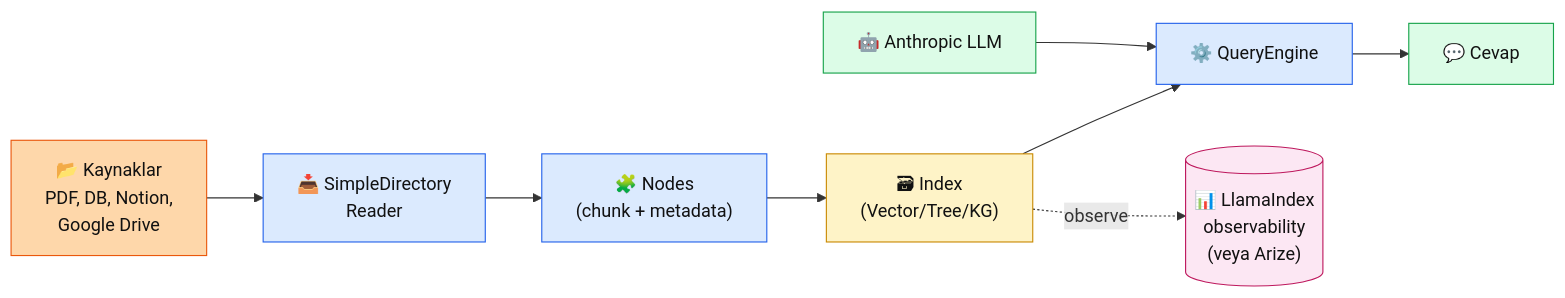
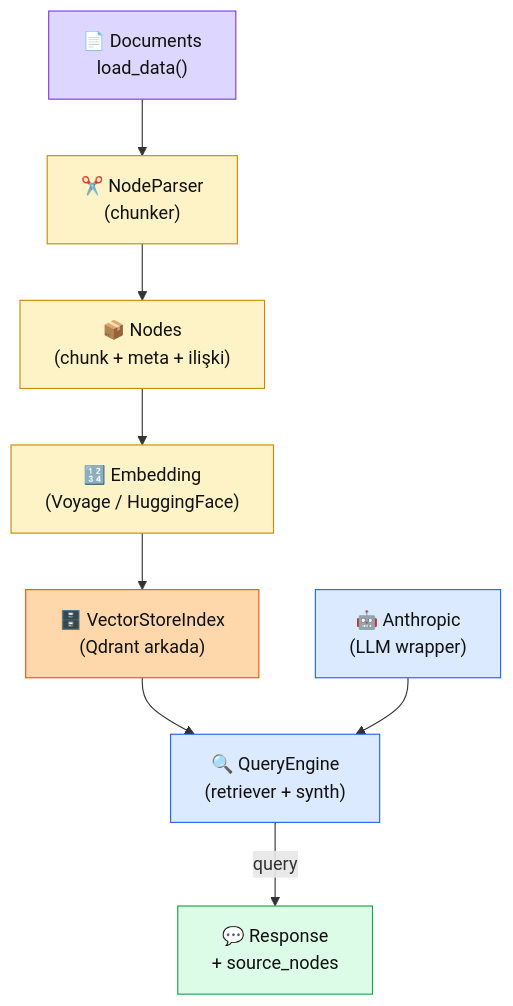
Before and after one commit to KemalG-u/muhendisal-platform: the diagram in docs/bolum-4/07-llamaindex.md, drawn with Mermaid. The commit also changed other lines of this file, not shown here.

First line of the commit message:
content(4.7): LlamaIndex ile RAG — alt-sayfa v3.2

````diff
--- a/docs/bolum-4/07-llamaindex.md
+++ b/docs/bolum-4/07-llamaindex.md
@@ -41,25 +38,27 @@
 ```mermaid
-flowchart LR
-  SRC["📂 Kaynaklar\nPDF, DB, Notion,\nGoogle Drive"]
-  READER["📥 SimpleDirectory\nReader"]
-  NODE["🧩 Nodes\n(chunk + metadata)"]
-  IDX["🗃 Index\n(Vector/Tree/KG)"]
-  QE["⚙️ QueryEngine"]
-  LLM["🤖 Anthropic LLM"]
-  OUT["💬 Cevap"]
+flowchart TB
+  DOC["📄 Documents\nload_data()"]
+  NP["✂️ NodeParser\n(chunker)"]
+  NODES["📦 Nodes\n(chunk + meta + ilişki)"]
+  EMB["🔢 Embedding\n(Voyage / HuggingFace)"]
+  IDX["🗄️ VectorStoreIndex\n(Qdrant arkada)"]
+  QE["🔍 QueryEngine\n(retriever + synth)"]
+  LLM["🤖 Anthropic\n(LLM wrapper)"]
+  OUT["💬 Response\n+ source_nodes"]
 
-  SRC --> READER --> NODE --> IDX --> QE --> OUT
+  DOC --> NP --> NODES --> EMB --> IDX
+  IDX --> QE
   LLM --> QE
-  IDX -.observe.-> LS[("📊 LlamaIndex\nobservability\n(veya Arize)")]
+  QE -->|query| OUT
 
-  classDef src fill:#fed7aa,stroke:#ea580c,color:#111
-  classDef li fill:#dbeafe,stroke:#2563eb,color:#111
-  classDef db fill:#fef3c7,stroke:#ca8a04,color:#111
-  classDef out fill:#dcfce7,stroke:#16a34a,color:#111
-  classDef obs fill:#fce7f3,stroke:#be185d,color:#111
-  class SRC src
-  class READER,NODE,QE li
-  class IDX db
-  class LLM,OUT out
-  class LS obs
+  classDef doc fill:#ddd6fe,stroke:#7c3aed,color:#111
+  classDef parse fill:#fef3c7,stroke:#ca8a04,color:#111
+  classDef idx fill:#fed7aa,stroke:#ea580c,color:#111
+  classDef llm fill:#dbeafe,stroke:#2563eb,color:#111
+  classDef hed fill:#dcfce7,stroke:#16a34a,color:#111
+  class DOC doc
+  class NP,NODES,EMB parse
+  class IDX idx
+  class QE,LLM llm
+  class OUT hed
 ```
````
